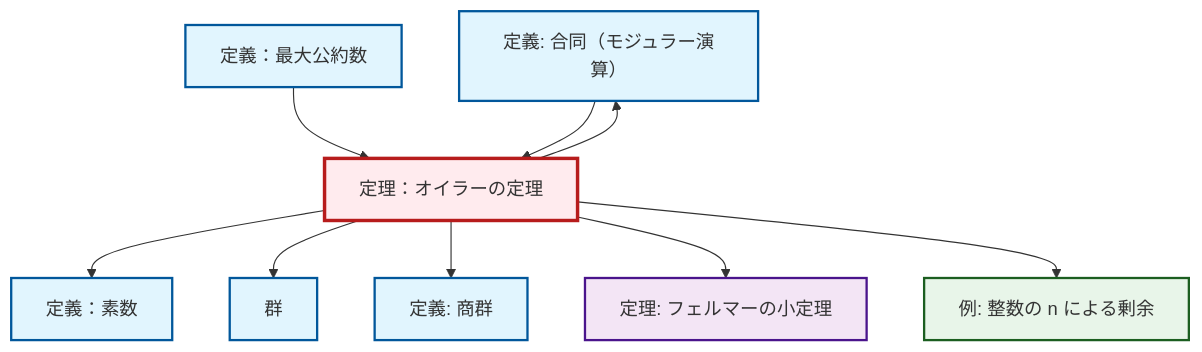
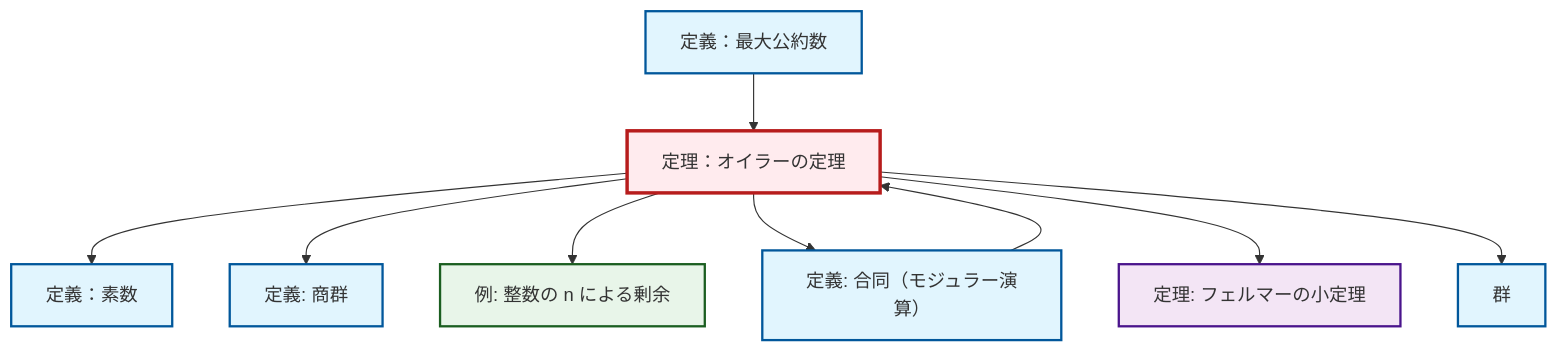
Before and after one commit to RK0429/ModernMath: the diagram in content/ja/number-theory/thm-euler.qmd, drawn with Mermaid. The commit also changed other lines of this file and 1012 other files, not shown here.

````diff
--- a/content/ja/number-theory/thm-euler.qmd
+++ b/content/ja/number-theory/thm-euler.qmd
@@ -53,33 +53,33 @@
 ```{mermaid}
 %%| fig-cap: "Local dependency graph"
 graph TD
     classDef definition fill:#e1f5fe,stroke:#01579b,stroke-width:2px
     classDef theorem fill:#f3e5f5,stroke:#4a148c,stroke-width:2px
     classDef axiom fill:#fff3e0,stroke:#e65100,stroke-width:2px
     classDef example fill:#e8f5e9,stroke:#1b5e20,stroke-width:2px
     classDef current fill:#ffebee,stroke:#b71c1c,stroke-width:3px
+    def-gcd["定義：最大公約数"]:::definition
     def-congruence["定義: 合同（モジュラー演算）"]:::definition
     thm-euler["定理：オイラーの定理"]:::theorem
     thm-fermat-little["定理: フェルマーの小定理"]:::theorem
     def-quotient-group["定義: 商群"]:::definition
-    def-gcd["定義：最大公約数"]:::definition
-    ex-quotient-integers-mod-n["例: 整数の n による剰余"]:::example
     def-prime["定義：素数"]:::definition
     def-group["群"]:::definition
+    ex-quotient-integers-mod-n["例: 整数の n による剰余"]:::example
+    thm-euler --> def-prime
+    thm-euler --> def-quotient-group
+    thm-euler --> ex-quotient-integers-mod-n
+    thm-euler --> def-congruence
+    thm-euler --> thm-fermat-little
     def-gcd --> thm-euler
-    thm-euler --> def-prime
+    def-congruence --> thm-euler
     thm-euler --> def-group
-    def-congruence --> thm-euler
-    thm-euler --> def-quotient-group
-    thm-euler --> thm-fermat-little
-    thm-euler --> def-congruence
-    thm-euler --> ex-quotient-integers-mod-n
     class thm-euler current
+    click def-gcd "def-gcd.html" "定義：最大公約数へ"
     click def-congruence "def-congruence.html" "合同（モジュラー演算）の定義へ"
     click thm-fermat-little "thm-fermat-little.html" "フェルマーの小定理の定理へ"
     click def-quotient-group "def-quotient-group.html" "商群の定義へ"
-    click def-gcd "def-gcd.html" "定義：最大公約数へ"
-    click ex-quotient-integers-mod-n "ex-quotient-integers-mod-n.html" "整数の n による剰余の例へ"
     click def-prime "def-prime.html" "定義：素数へ"
     click def-group "def-group.html" "群へ"
+    click ex-quotient-integers-mod-n "ex-quotient-integers-mod-n.html" "整数の n による剰余の例へ"
 ```
````
